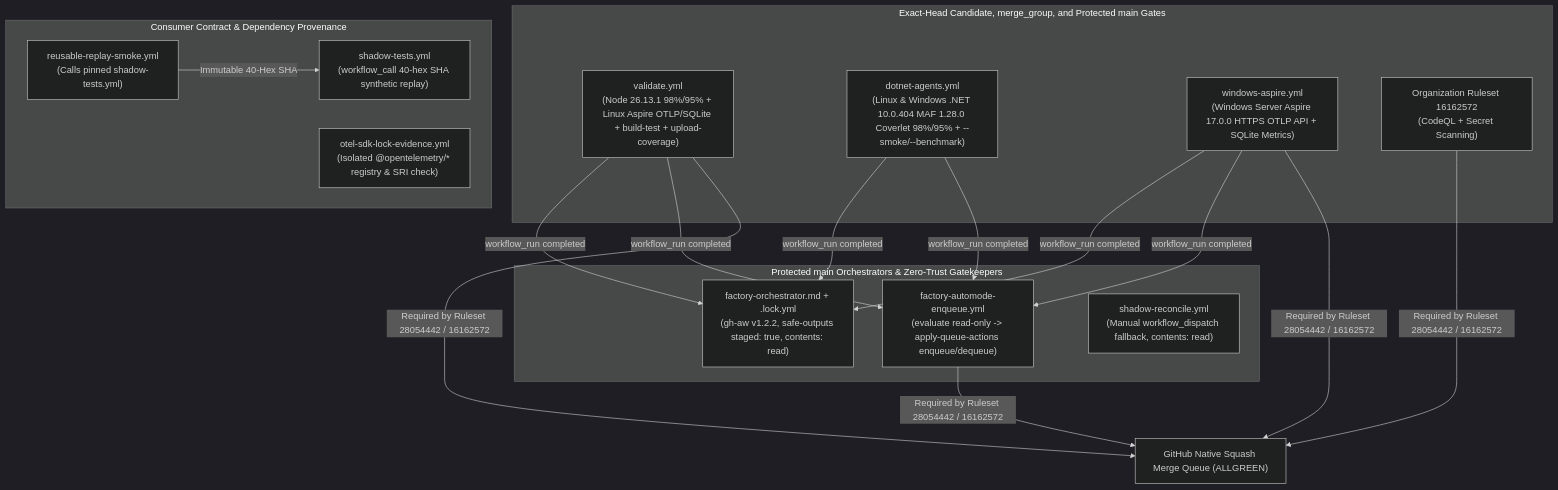
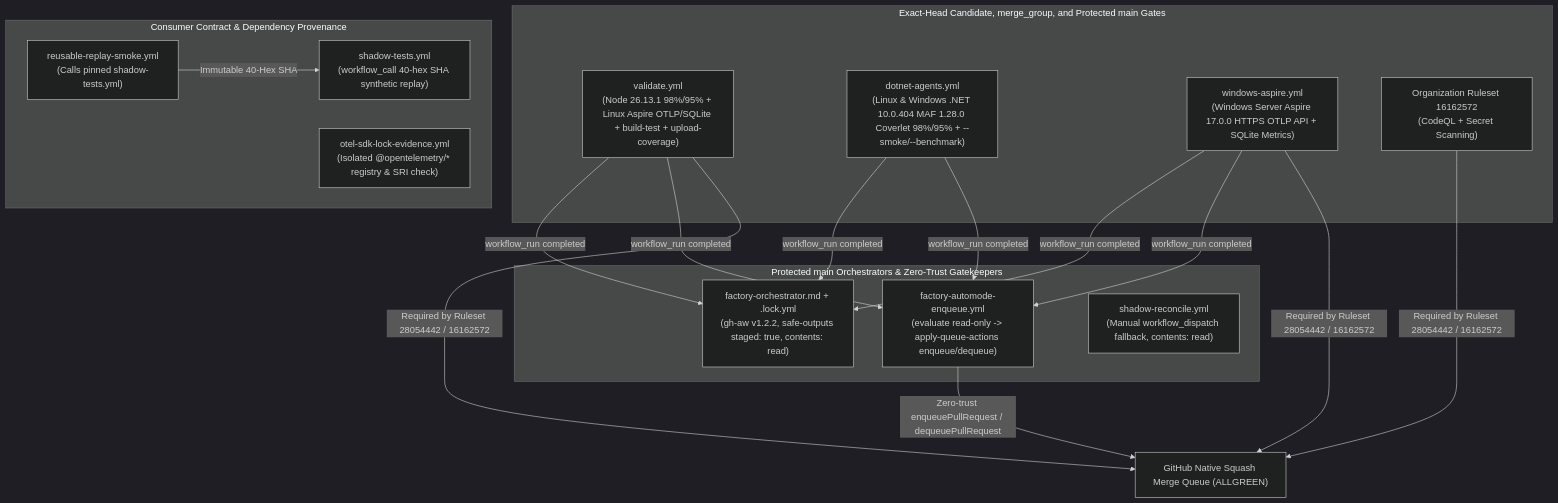
One commit to Jamula/SoftwareFactory changed the first of 3 diagrams in docs/WORKFLOWS.md. Above: the diagram before and after it, drawn with Mermaid (dark theme). The commit also changed 2 other files, not shown here.

Commit message:
docs: clarify Automode write isolation, CAS lease generations & queue edges
- Restrict pull_request_target / workflow_run read-only guarantee to evaluation
  jobs while explicitly retaining isolated scoped write jobs such as
  apply-queue-actions (SECURITY.md).
- Show reconcileWorkQueueRunStates marking the expired entry requeued (gen=8),
  STALE_GENERATION rejection for stale gen=7, and claimWorkQueueLease acquiring
  replacement lease gen=9 through settleWorkQueueLease (docs/OPERATIONS.md).
- Separate Automode queue-admission edge from required ruleset status-check
  edges in the workflow architecture diagram (docs/WORKFLOWS.md).

````diff
--- a/docs/WORKFLOWS.md
+++ b/docs/WORKFLOWS.md
@@ -25,25 +25,26 @@
 ```mermaid
 flowchart TB
   subgraph ORCH["Protected main Orchestrators & Zero-Trust Gatekeepers"]
     W1["factory-orchestrator.md + .lock.yml<br/>(gh-aw v1.2.2, safe-outputs staged: true, contents: read)"]
     W9["factory-automode-enqueue.yml<br/>(evaluate read-only -> apply-queue-actions enqueue/dequeue)"]
     W2["shadow-reconcile.yml<br/>(Manual workflow_dispatch fallback, contents: read)"]
   end
 
   subgraph GATES["Exact-Head Candidate, merge_group, and Protected main Gates"]
     W3["validate.yml<br/>(Node 26.13.1 98%/95% + Linux Aspire OTLP/SQLite + build-test + upload-coverage)"]
     W4["dotnet-agents.yml<br/>(Linux & Windows .NET 10.0.404 MAF 1.28.0 Coverlet 98%/95% + --smoke/--benchmark)"]
     W5["windows-aspire.yml<br/>(Windows Server Aspire 17.0.0 HTTPS OTLP API + SQLite Metrics)"]
     CQL["Organization Ruleset 16162572<br/>(CodeQL + Secret Scanning)"]
   end
 
   subgraph REUSE["Consumer Contract & Dependency Provenance"]
     W6["reusable-replay-smoke.yml<br/>(Calls pinned shadow-tests.yml)"]
     W7["shadow-tests.yml<br/>(workflow_call 40-hex SHA synthetic replay)"]
     W8["otel-sdk-lock-evidence.yml<br/>(Isolated @opentelemetry/* registry & SRI check)"]
   end
 
   W6 -->|"Immutable 40-Hex SHA"| W7
   W3 & W4 & W5 -->|"workflow_run completed"| W1 & W9
-  W3 & W5 & CQL & W9 -->|"Required by Ruleset 28054442 / 16162572"| MQ["GitHub Native Squash Merge Queue (ALLGREEN)"]
+  W9 -->|"Zero-trust enqueuePullRequest / dequeuePullRequest"| MQ["GitHub Native Squash Merge Queue (ALLGREEN)"]
+  W3 & W5 & CQL -->|"Required by Ruleset 28054442 / 16162572"| MQ
 ```
````
